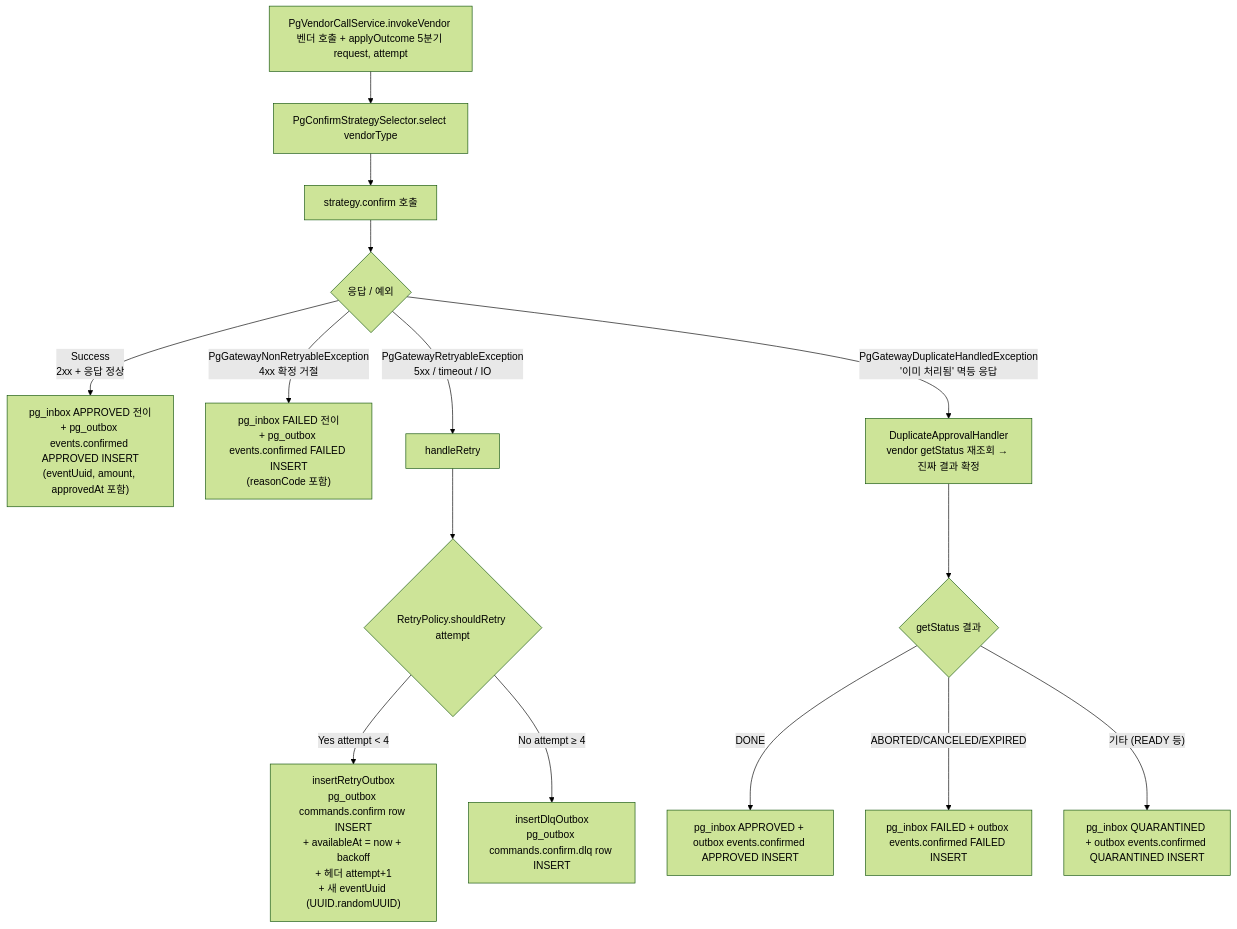
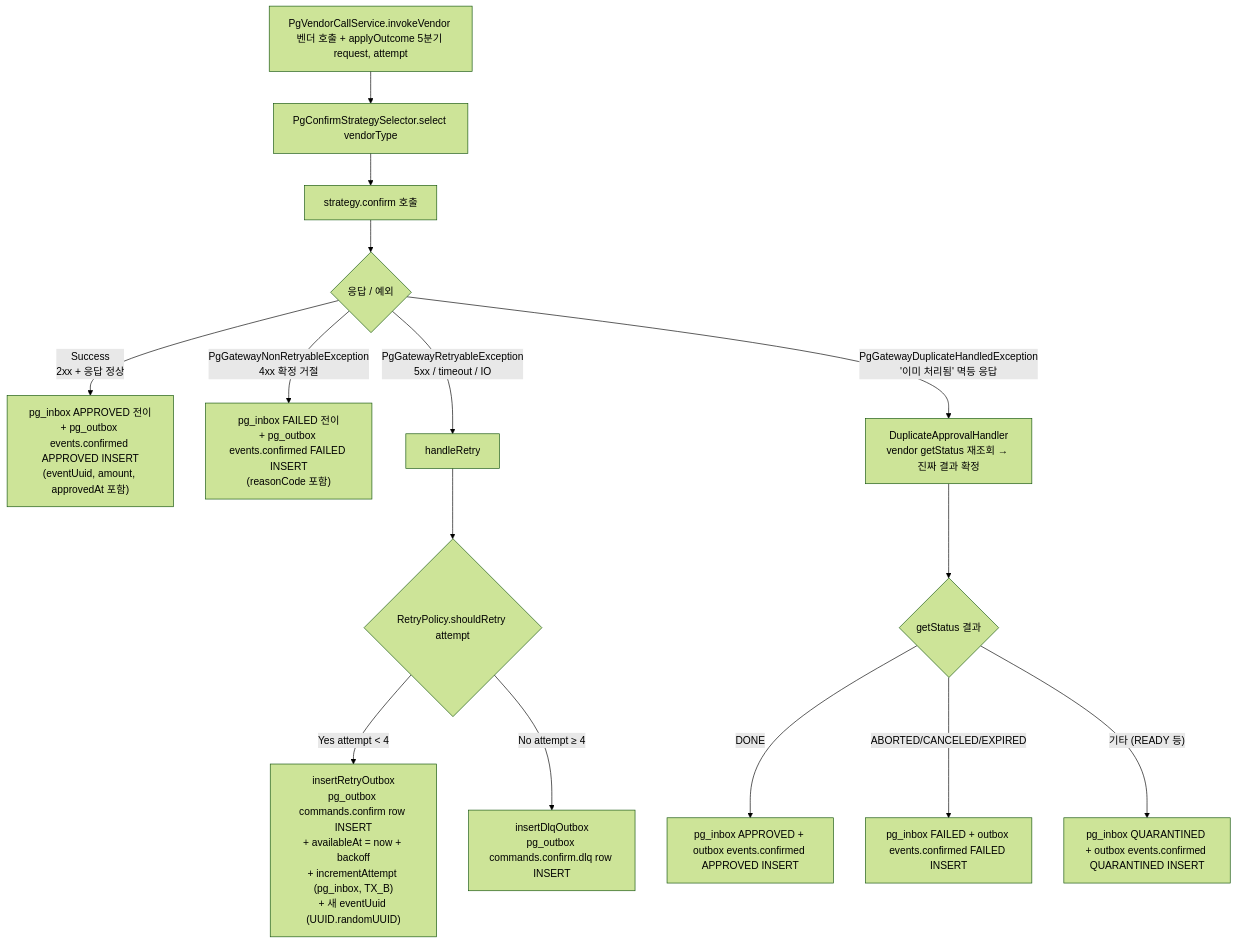
Before and after one commit to hyoguoo/payment-platform: the eighth of 10 diagrams in docs/context/PAYMENT-FLOW.md, drawn with Mermaid (forest theme). The commit also changed other lines of this file and 12 other files, not shown here.

````diff
--- a/docs/context/PAYMENT-FLOW.md
+++ b/docs/context/PAYMENT-FLOW.md
@@ -276,24 +276,24 @@
 ```mermaid
 flowchart TD
     CALL["PgVendorCallService.invokeVendor 벤더 호출 + applyOutcome 5분기 request, attempt"] --> SEL["PgConfirmStrategySelector.select vendorType"]
     SEL --> HTTP["strategy.confirm 호출"]
 
     HTTP --> RES{"응답 / 예외"}
 
     RES -->|"Success<br/>2xx + 응답 정상"| SUCCESS["pg_inbox APPROVED 전이<br/>+ pg_outbox events.confirmed APPROVED INSERT<br/>(eventUuid, amount, approvedAt 포함)"]
 
     RES -->|"PgGatewayNonRetryableException<br/>4xx 확정 거절"| FAIL["pg_inbox FAILED 전이<br/>+ pg_outbox events.confirmed FAILED INSERT<br/>(reasonCode 포함)"]
 
     RES -->|"PgGatewayRetryableException<br/>5xx / timeout / IO"| RETRY["handleRetry"]
 
     RES -->|"PgGatewayDuplicateHandledException<br/>'이미 처리됨' 멱등 응답"| DUP["DuplicateApprovalHandler<br/>vendor getStatus 재조회 → 진짜 결과 확정"]
 
     RETRY --> RC{"RetryPolicy.shouldRetry attempt"}
-    RC -->|"Yes attempt &lt; 4"| RETRY_OUT["insertRetryOutbox<br/>pg_outbox commands.confirm row INSERT<br/>+ availableAt = now + backoff<br/>+ 헤더 attempt+1<br/>+ 새 eventUuid (UUID.randomUUID)"]
+    RC -->|"Yes attempt &lt; 4"| RETRY_OUT["insertRetryOutbox<br/>pg_outbox commands.confirm row INSERT<br/>+ availableAt = now + backoff<br/>+ incrementAttempt (pg_inbox, TX_B)<br/>+ 새 eventUuid (UUID.randomUUID)"]
     RC -->|"No attempt ≥ 4"| DLQ_OUT["insertDlqOutbox<br/>pg_outbox commands.confirm.dlq row INSERT"]
 
     DUP --> DUP_RESULT{"getStatus 결과"}
     DUP_RESULT -->|"DONE"| DUP_OK["pg_inbox APPROVED + outbox events.confirmed APPROVED INSERT"]
     DUP_RESULT -->|"ABORTED/CANCELED/EXPIRED"| DUP_FAIL["pg_inbox FAILED + outbox events.confirmed FAILED INSERT"]
     DUP_RESULT -->|"기타 (READY 등)"| DUP_QUAR["pg_inbox QUARANTINED + outbox events.confirmed QUARANTINED INSERT"]
 ```
````
